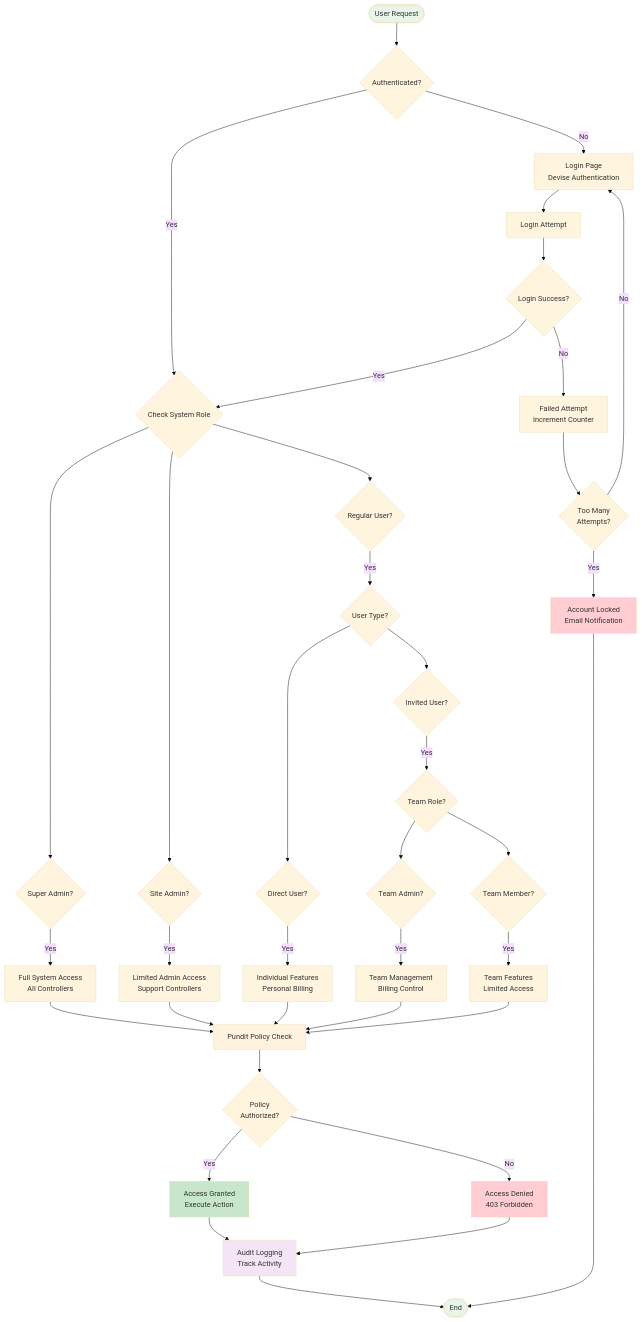
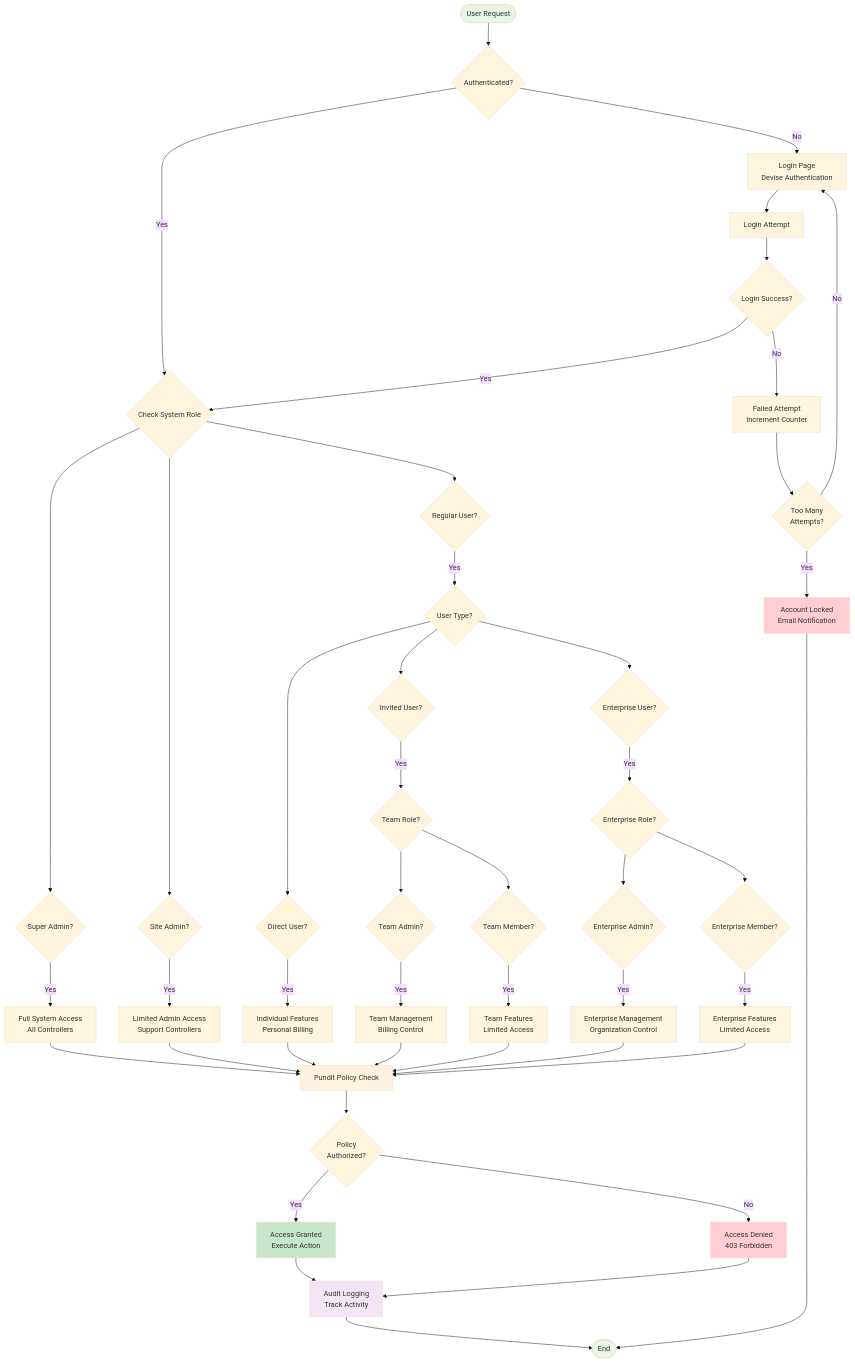
The sixth of 8 diagrams in docs/architecture/ARCHITECTURE.md (ashack/portfolio), drawn with Mermaid (base theme) before and after one commit. The commit also changed other lines of this file and 56 other files, not shown here.

````diff
--- a/docs/architecture/ARCHITECTURE.md
+++ b/docs/architecture/ARCHITECTURE.md
@@ -614,59 +614,68 @@
 ```mermaid
 flowchart TD
     Start([User Request]) --> Auth{Authenticated?}
     
     Auth -->|No| Login[Login Page<br/>Devise Authentication]
     Auth -->|Yes| RoleCheck{Check System Role}
     
     Login --> LoginAttempt[Login Attempt]
     LoginAttempt --> LoginSuccess{Login Success?}
     LoginSuccess -->|No| LoginFail[Failed Attempt<br/>Increment Counter]
     LoginFail --> Lockout{Too Many<br/>Attempts?}
     Lockout -->|Yes| AccountLocked[Account Locked<br/>Email Notification]
     Lockout -->|No| Login
     LoginSuccess -->|Yes| RoleCheck
     
     RoleCheck --> SuperAdmin{Super Admin?}
     RoleCheck --> SiteAdmin{Site Admin?}
     RoleCheck --> RegularUser{Regular User?}
     
     SuperAdmin -->|Yes| SuperAdminAccess[Full System Access<br/>All Controllers]
     SiteAdmin -->|Yes| SiteAdminAccess[Limited Admin Access<br/>Support Controllers]
     RegularUser -->|Yes| UserTypeCheck{User Type?}
     
     UserTypeCheck --> DirectUser{Direct User?}
     UserTypeCheck --> InvitedUser{Invited User?}
+    UserTypeCheck --> EnterpriseUser{Enterprise User?}
     
     DirectUser -->|Yes| DirectUserAccess[Individual Features<br/>Personal Billing]
     InvitedUser -->|Yes| TeamRoleCheck{Team Role?}
+    EnterpriseUser -->|Yes| EnterpriseRoleCheck{Enterprise Role?}
     
     TeamRoleCheck --> TeamAdmin{Team Admin?}
     TeamRoleCheck --> TeamMember{Team Member?}
     
+    EnterpriseRoleCheck --> EnterpriseAdmin{Enterprise Admin?}
+    EnterpriseRoleCheck --> EnterpriseMember{Enterprise Member?}
+    
     TeamAdmin -->|Yes| TeamAdminAccess[Team Management<br/>Billing Control]
     TeamMember -->|Yes| TeamMemberAccess[Team Features<br/>Limited Access]
+    EnterpriseAdmin -->|Yes| EnterpriseAdminAccess[Enterprise Management<br/>Organization Control]
+    EnterpriseMember -->|Yes| EnterpriseMemberAccess[Enterprise Features<br/>Limited Access]
     
     SuperAdminAccess --> PunditPolicy[Pundit Policy Check]
     SiteAdminAccess --> PunditPolicy
     DirectUserAccess --> PunditPolicy
     TeamAdminAccess --> PunditPolicy
     TeamMemberAccess --> PunditPolicy
+    EnterpriseAdminAccess --> PunditPolicy
+    EnterpriseMemberAccess --> PunditPolicy
     
     PunditPolicy --> PolicyResult{Policy<br/>Authorized?}
     PolicyResult -->|Yes| AccessGranted[Access Granted<br/>Execute Action]
     PolicyResult -->|No| AccessDenied[Access Denied<br/>403 Forbidden]
     
     AccessGranted --> AuditLog[Audit Logging<br/>Track Activity]
     AccessDenied --> AuditLog
     
     AuditLog --> End([End])
     AccountLocked --> End
     
     style Start fill:#e8f5e8
     style AccessGranted fill:#c8e6c9
     style AccessDenied fill:#ffcdd2
     style AccountLocked fill:#ffcdd2
     style PunditPolicy fill:#fff3e0
     style AuditLog fill:#f3e5f5
     style End fill:#e8f5e8
 ```
````
